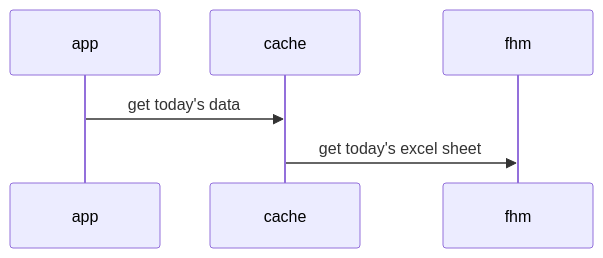
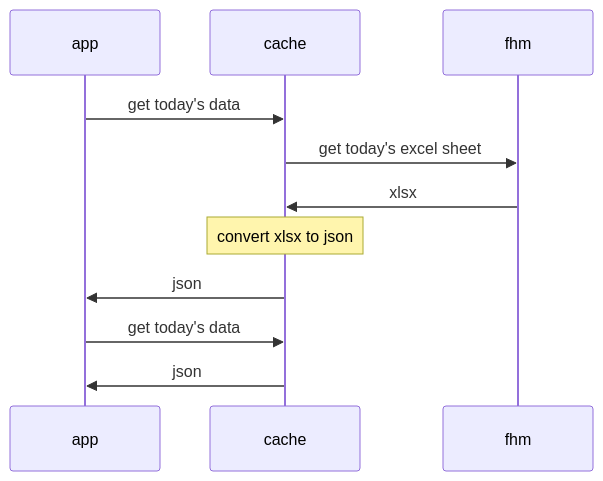
The diagram in README.md (rhersen/fhm-cache-node), drawn with Mermaid before and after one commit.

````diff
--- a/README.md
+++ b/README.md
@@ -2,8 +2,10 @@
 ```mermaid
 sequenceDiagram
-    participant app
-    participant cache
-    participant fhm
     app->>cache: get today's data
     cache->>fhm: get today's excel sheet
+    fhm->>cache: xlsx
+    Note over cache: convert xlsx to json
+    cache->>app: json
+    app->>cache: get today's data
+    cache->>app: json
 ```
````
